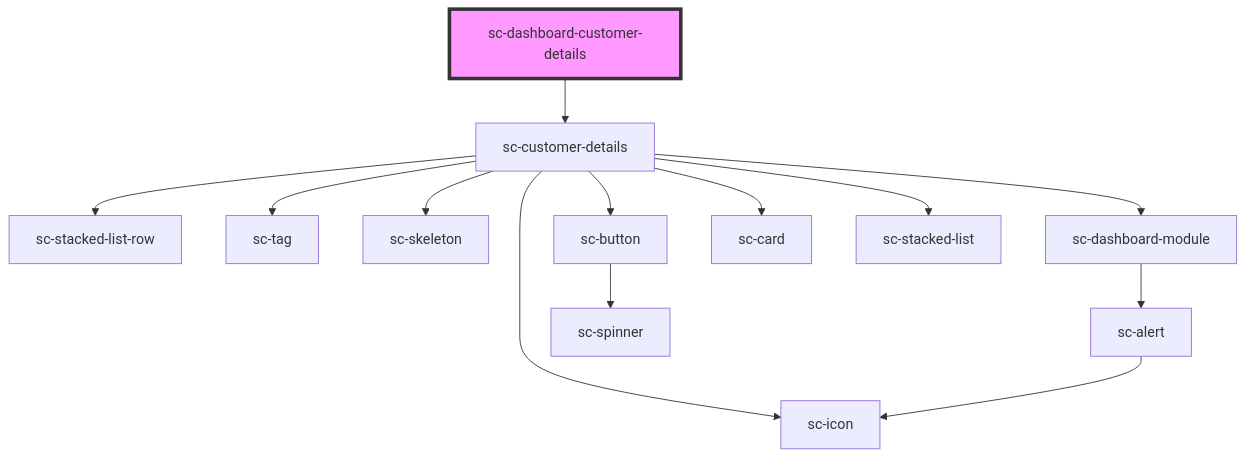
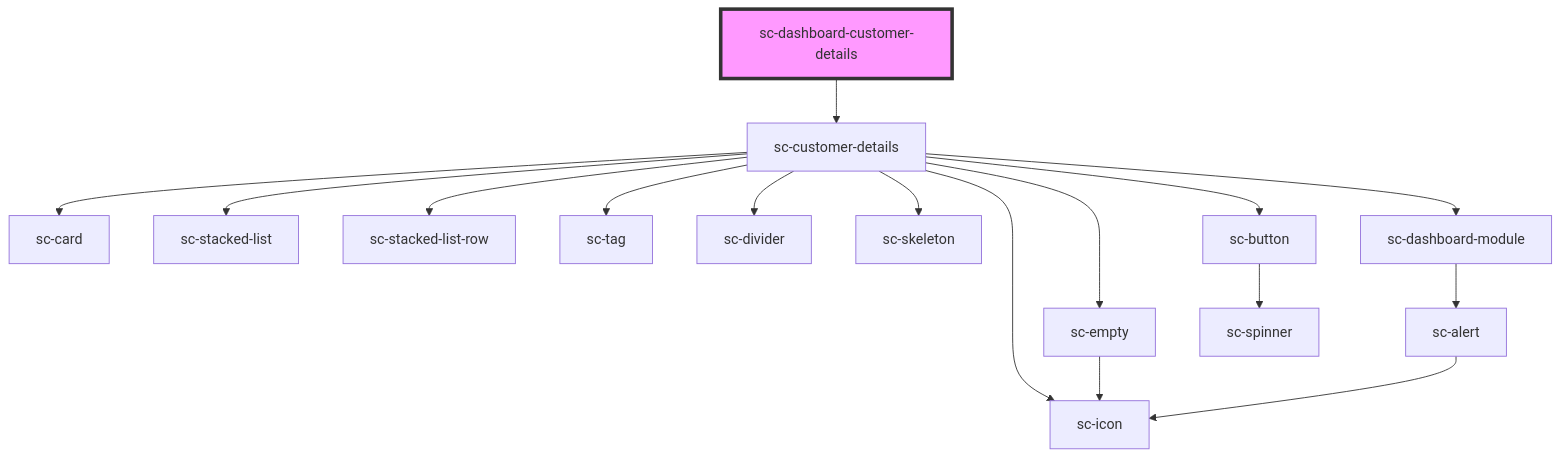
The diagram in packages/components/src/components/controllers/dashboard/customer-details/readme.md (surecart/surecart-wp-plugin), drawn with Mermaid before and after one commit. The commit also changed 12 other files, not shown here.

````diff
--- a/packages/components/src/components/controllers/dashboard/customer-details/readme.md
+++ b/packages/components/src/components/controllers/dashboard/customer-details/readme.md
@@ -23,16 +23,19 @@
 ```mermaid
 graph TD;
   sc-dashboard-customer-details --> sc-customer-details
+  sc-customer-details --> sc-card
+  sc-customer-details --> sc-stacked-list
   sc-customer-details --> sc-stacked-list-row
   sc-customer-details --> sc-tag
+  sc-customer-details --> sc-divider
+  sc-customer-details --> sc-empty
   sc-customer-details --> sc-skeleton
   sc-customer-details --> sc-dashboard-module
   sc-customer-details --> sc-button
   sc-customer-details --> sc-icon
-  sc-customer-details --> sc-card
-  sc-customer-details --> sc-stacked-list
+  sc-empty --> sc-icon
   sc-dashboard-module --> sc-alert
   sc-alert --> sc-icon
   sc-button --> sc-spinner
   style sc-dashboard-customer-details fill:#f9f,stroke:#333,stroke-width:4px
 ```
````
